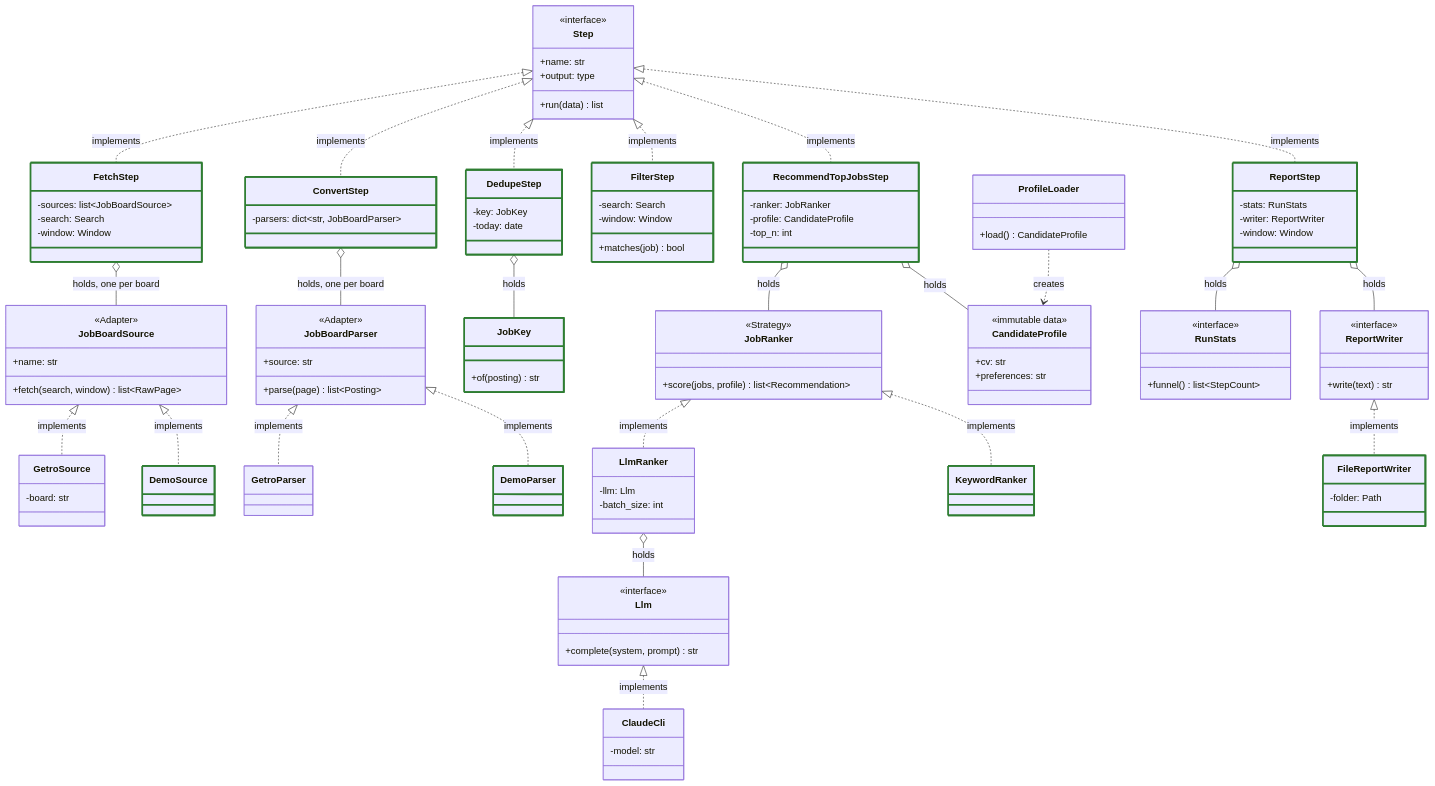
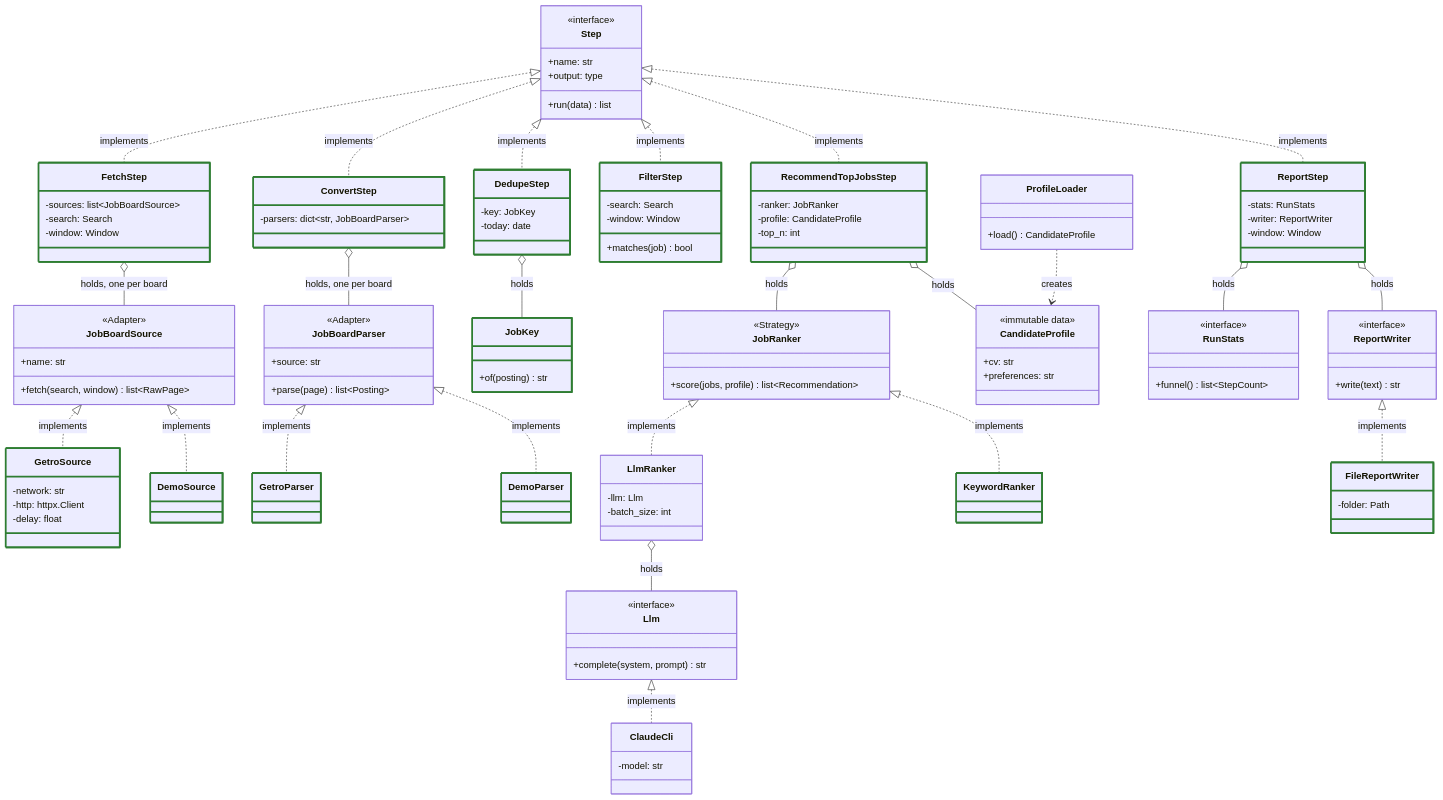
The third of 5 diagrams in docs/architecture.md (adailida/job-radar), drawn with Mermaid before and after one commit. The commit also changed other lines of this file and 9 other files, not shown here.

````diff
--- a/docs/architecture.md
+++ b/docs/architecture.md
@@ -186,7 +186,9 @@
         +fetch(search, window) list~RawPage~
     }
     class GetroSource {
-        -board: str
+        -network: str
+        -http: httpx.Client
+        -delay: float
     }
     class DemoSource
     class ConvertStep {
@@ -290,6 +292,8 @@
     style ReportStep stroke:#2e7d32,stroke-width:3px
     style FileReportWriter stroke:#2e7d32,stroke-width:3px
     style DemoSource stroke:#2e7d32,stroke-width:3px
+    style GetroSource stroke:#2e7d32,stroke-width:3px
+    style GetroParser stroke:#2e7d32,stroke-width:3px
     style DemoParser stroke:#2e7d32,stroke-width:3px
     style KeywordRanker stroke:#2e7d32,stroke-width:3px
 ```
````
